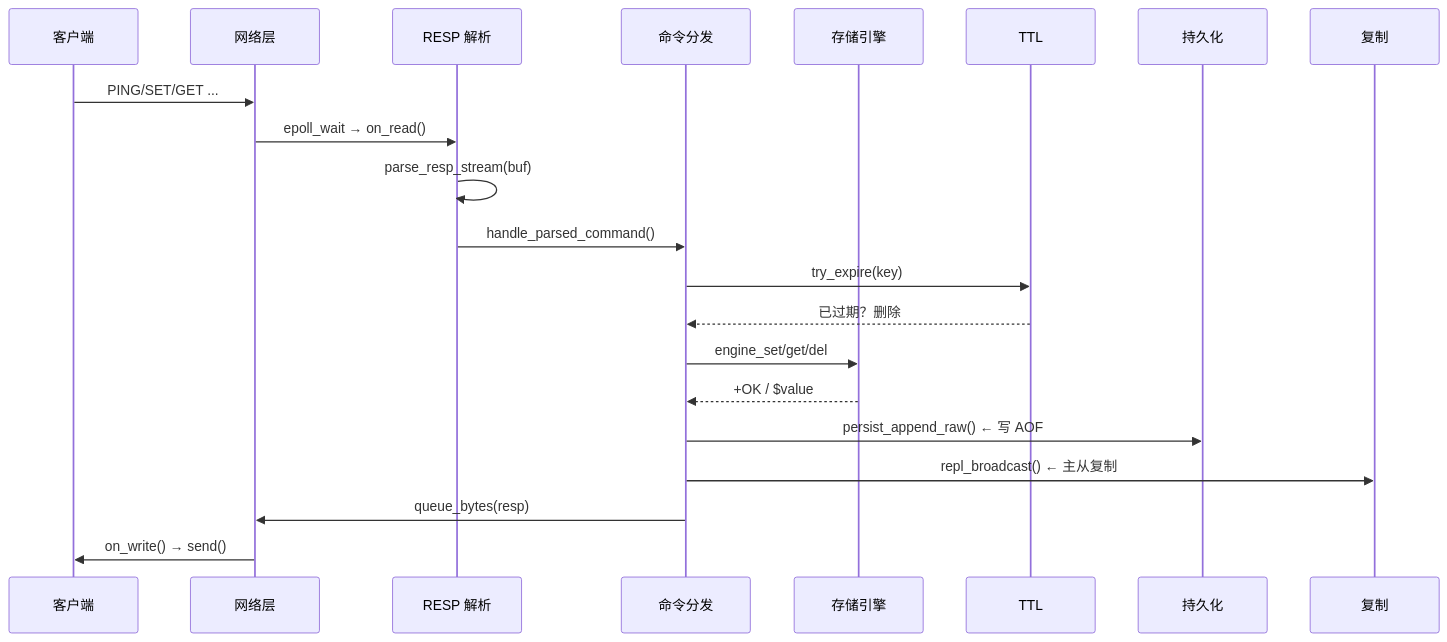
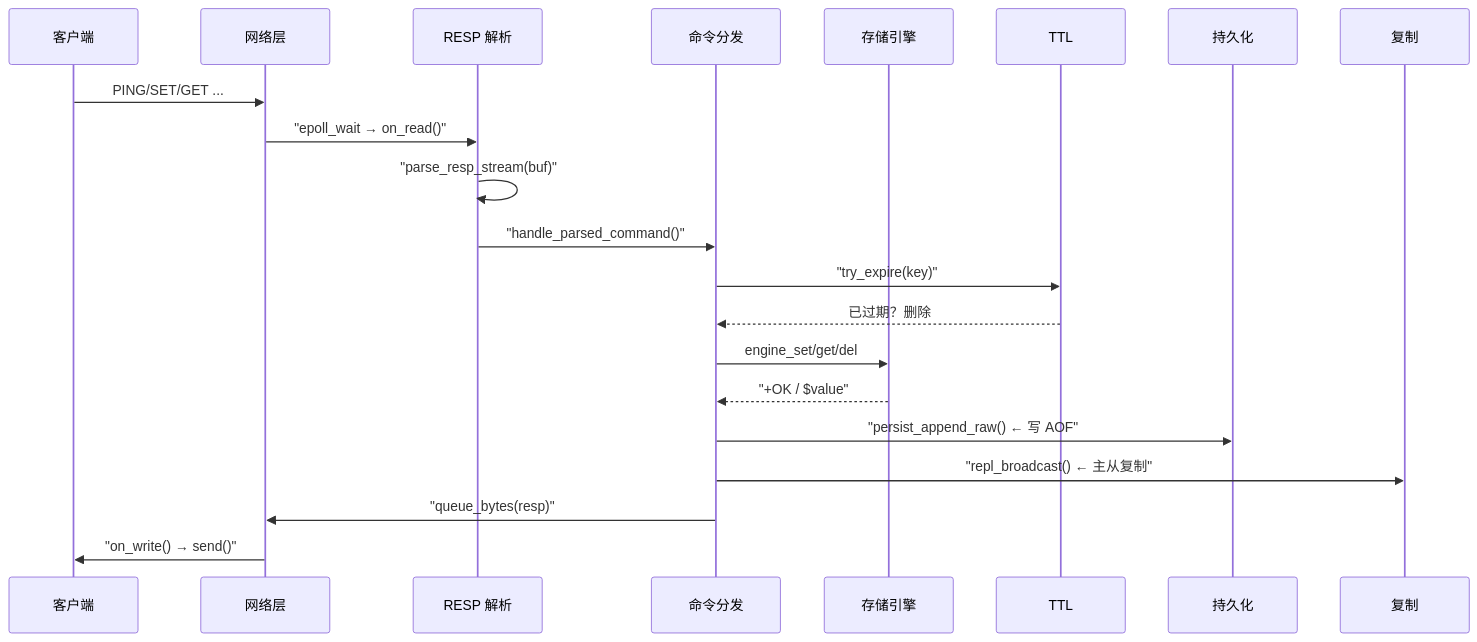
Before and after one commit to robotlover-1/kvstore: the second of 15 diagrams in README.md, drawn with Mermaid. The commit also changed other lines of this file, not shown here.

First line of the commit message:
docs: 修复 mermaid sequence diagram 特殊字符渲染

````diff
--- a/README.md
+++ b/README.md
@@ -422,24 +422,24 @@
 ```mermaid
 sequenceDiagram
     participant C as 客户端
     participant N as 网络层
     participant R as RESP 解析
     participant H as 命令分发
     participant E as 存储引擎
     participant T as TTL
     participant P as 持久化
     participant REP as 复制
 
     C->>N: PING/SET/GET ...
-    N->>R: epoll_wait → on_read()
-    R->>R: parse_resp_stream(buf)
-    R->>H: handle_parsed_command()
-    H->>T: try_expire(key)
+    N->>R: "epoll_wait → on_read()"
+    R->>R: "parse_resp_stream(buf)"
+    R->>H: "handle_parsed_command()"
+    H->>T: "try_expire(key)"
     T-->>H: 已过期？删除
     H->>E: engine_set/get/del
-    E-->>H: +OK / $value
-    H->>P: persist_append_raw()  ← 写 AOF
-    H->>REP: repl_broadcast()     ← 主从复制
-    H->>N: queue_bytes(resp)
-    N->>C: on_write() → send()
+    E-->>H: "+OK / $value"
+    H->>P: "persist_append_raw()  ← 写 AOF"
+    H->>REP: "repl_broadcast()     ← 主从复制"
+    H->>N: "queue_bytes(resp)"
+    N->>C: "on_write() → send()"
 ```
````
